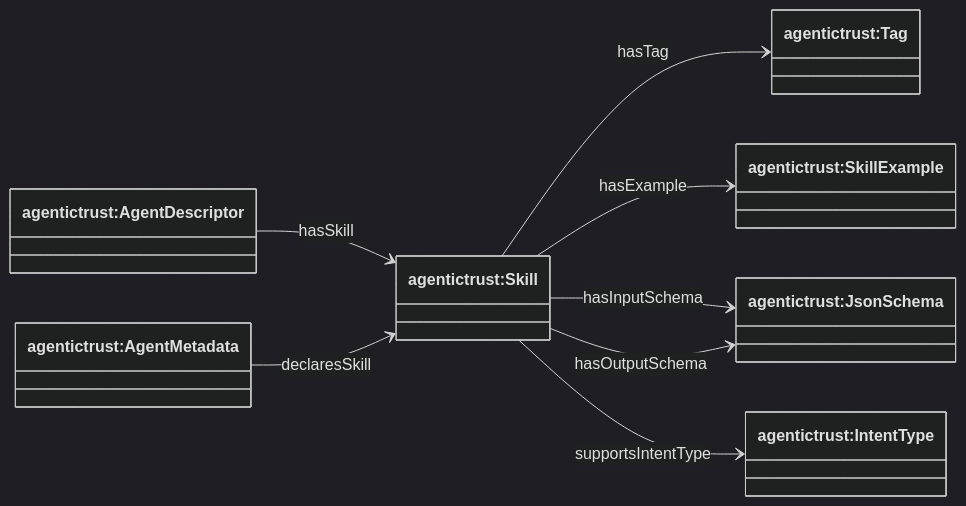
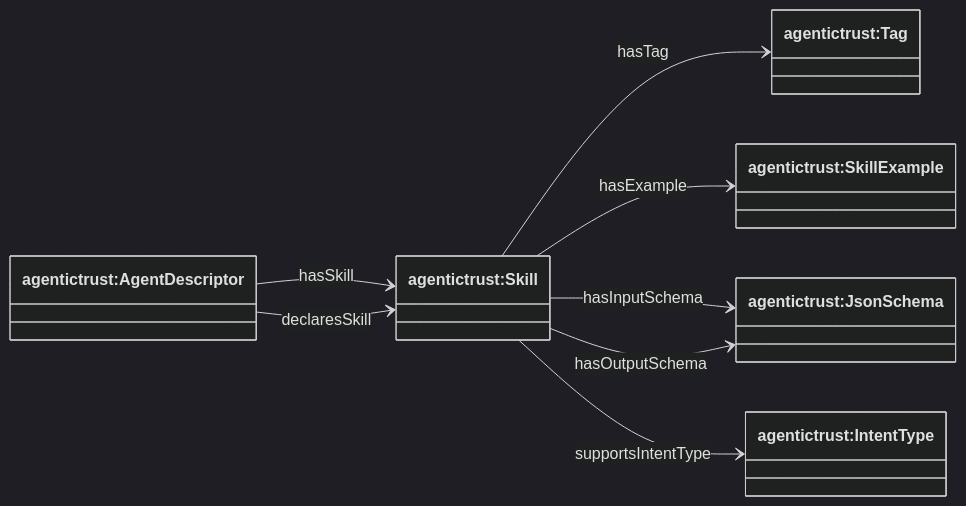
The first of 3 diagrams in docs/ontology/skills.md (Agentic-Trust-Layer/agent-explorer), drawn with Mermaid (dark theme) before and after one commit. The commit also changed 29 other files, not shown here.

````diff
--- a/docs/ontology/skills.md
+++ b/docs/ontology/skills.md
@@ -15,21 +15,20 @@
 ```mermaid
 classDiagram
 direction LR
 
 class AgentDescriptor["agentictrust:AgentDescriptor"]
-class AgentMetadata["agentictrust:AgentMetadata"]
 class Skill["agentictrust:Skill"]
 class Tag["agentictrust:Tag"]
 class SkillExample["agentictrust:SkillExample"]
 class JsonSchema["agentictrust:JsonSchema"]
 class IntentType["agentictrust:IntentType"]
 
 AgentDescriptor --> Skill : hasSkill
-AgentMetadata --> Skill : declaresSkill
+AgentDescriptor --> Skill : declaresSkill
 
 Skill --> Tag : hasTag
 Skill --> SkillExample : hasExample
 Skill --> JsonSchema : hasInputSchema
 Skill --> JsonSchema : hasOutputSchema
 Skill --> IntentType : supportsIntentType
 ```
````
